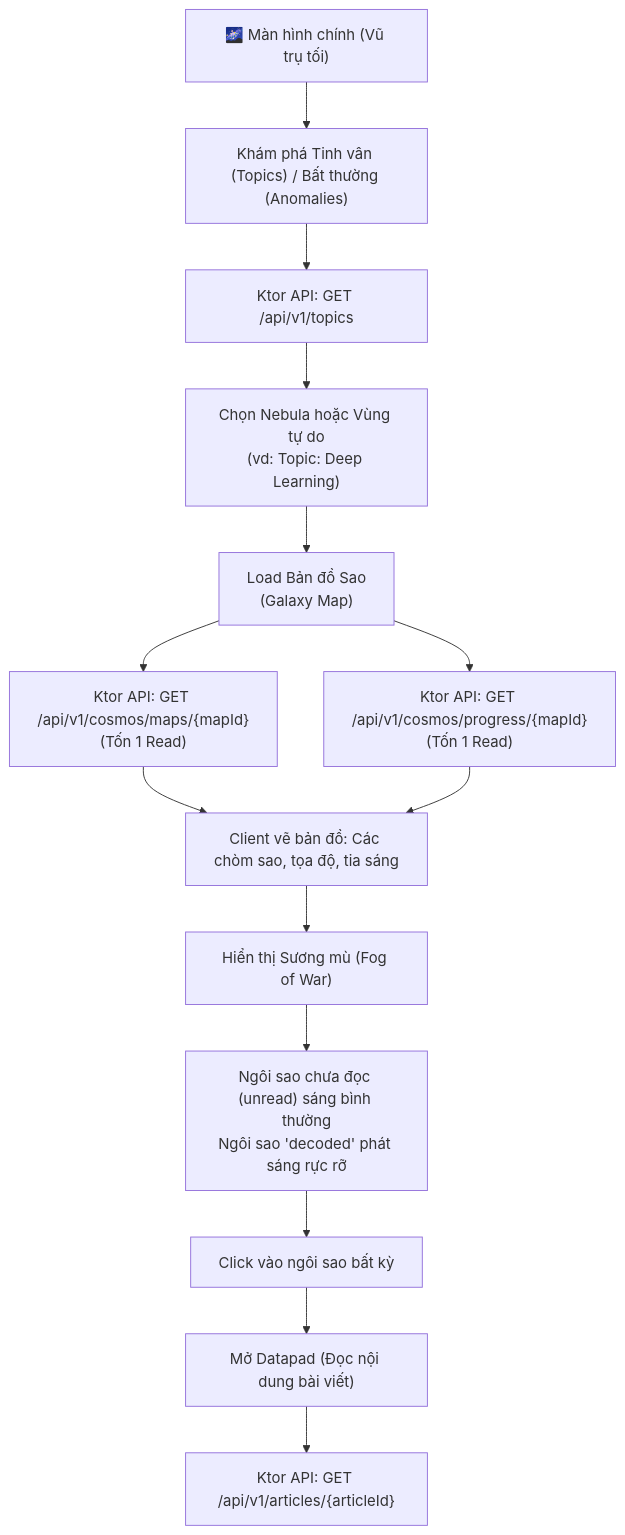
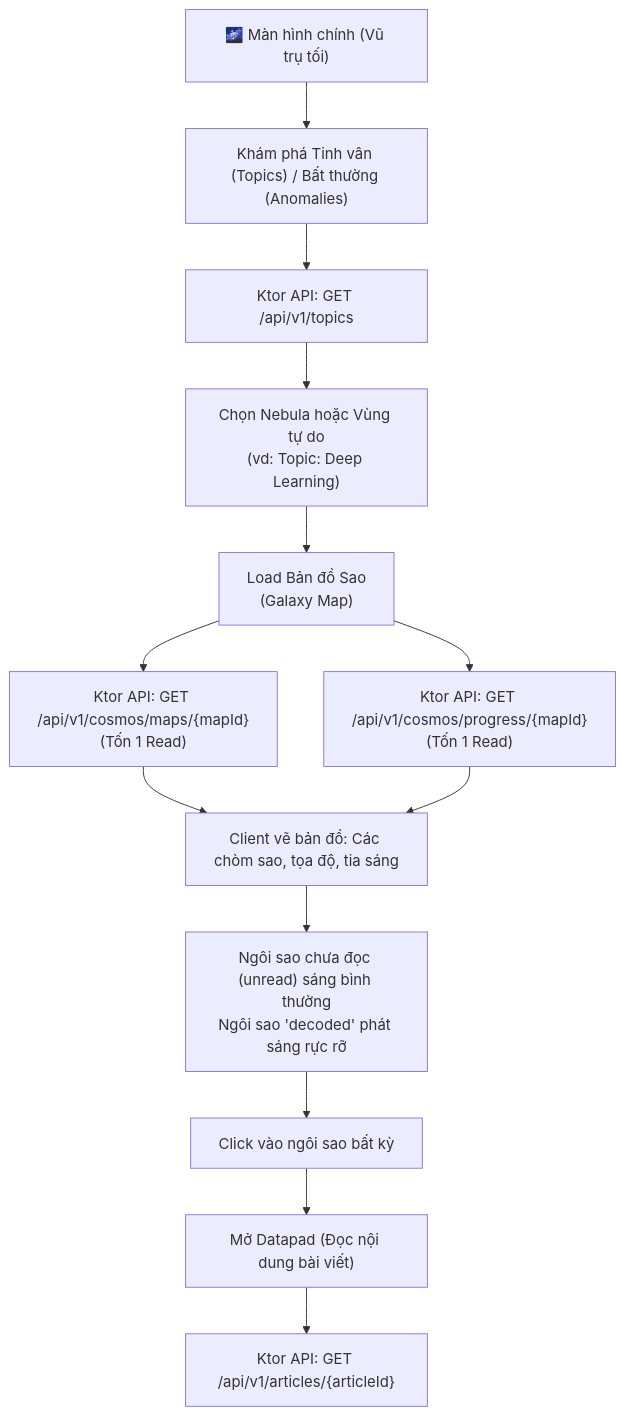
Before and after one commit to iAmHieu2012/Sequoia: the first of 5 diagrams in docs/analysis/user-flows.md, drawn with Mermaid. The commit also changed other lines of this file and 38 other files, not shown here.

First line of the commit message:
feat: comprehensive cosmos gamification, litert inference, and architecture overhaul

````diff
--- a/docs/analysis/user-flows.md
+++ b/docs/analysis/user-flows.md
@@ -10,19 +10,18 @@
 ```mermaid
 flowchart TD
     A["🌌 Màn hình chính (Vũ trụ tối)"] --> B["Khám phá Tinh vân (Topics) / Bất thường (Anomalies)"]
     B --> C["Ktor API: GET /api/v1/topics"]
     C --> D["Chọn Nebula hoặc Vùng tự do<br/>(vd: Topic: Deep Learning)"]
     D --> E["Load Bản đồ Sao<br/>(Galaxy Map)"]
     
     E --> F["Ktor API: GET /api/v1/cosmos/maps/{mapId}<br/>(Tốn 1 Read)"]
     E --> G["Ktor API: GET /api/v1/cosmos/progress/{mapId}<br/>(Tốn 1 Read)"]
     
     F --> H["Client vẽ bản đồ: Các chòm sao, tọa độ, tia sáng"]
     G --> H
     
-    H --> I["Hiển thị Sương mù (Fog of War)"]
-    I --> J["Ngôi sao chưa đọc (unread) sáng bình thường<br/>Ngôi sao 'decoded' phát sáng rực rỡ"]
+    H --> J["Ngôi sao chưa đọc (unread) sáng bình thường<br/>Ngôi sao 'decoded' phát sáng rực rỡ"]
     J --> K["Click vào ngôi sao bất kỳ"]
     K --> L["Mở Datapad (Đọc nội dung bài viết)"]
     L --> M["Ktor API: GET /api/v1/articles/{articleId}"]
 ```
````
